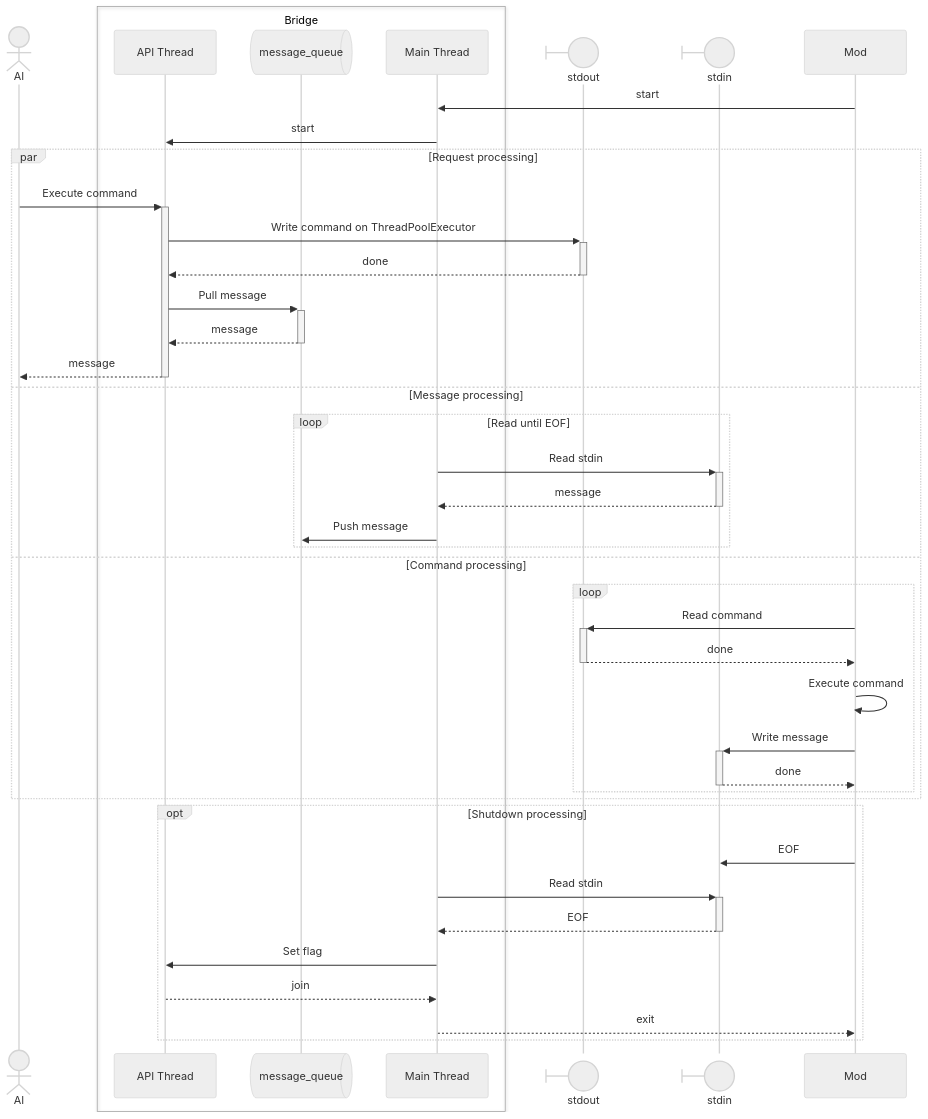
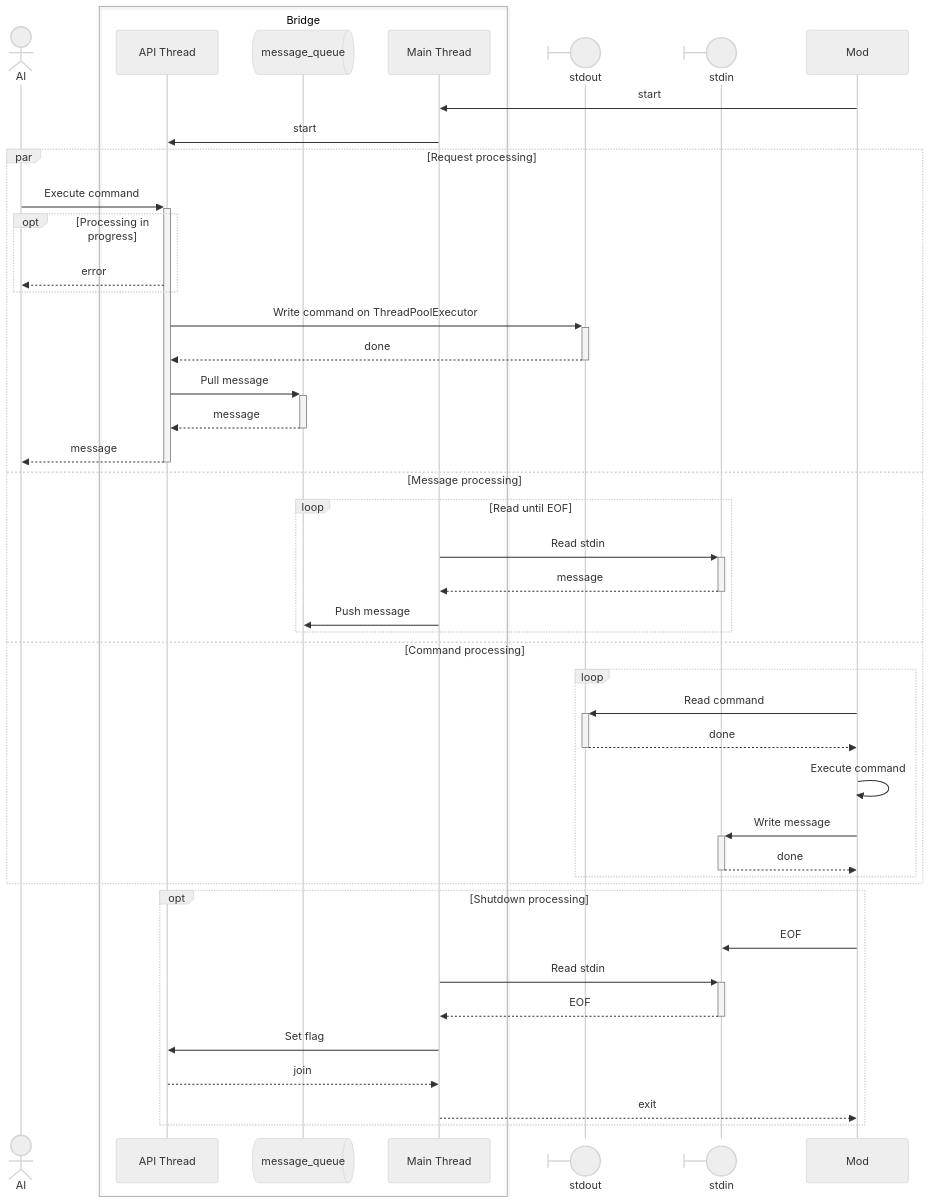
One commit to harryplusplus/ai-plays-slay-the-spire changed the second of 2 diagrams in README.md. Above: the diagram before and after it, drawn with Mermaid (neutral theme).

Commit message:
Add error handling for command execution in API processing

````diff
--- a/README.md
+++ b/README.md
@@ -70,59 +70,64 @@
 ```mermaid
 sequenceDiagram
 
 actor ai as AI
 
 box Bridge
     participant api as API Thread
     participant message_queue@{ "type" : "queue" }
     participant main as Main Thread
 end
 
 participant stdout@{ "type" : "boundary" }
 participant stdin@{ "type" : "boundary" }
 
 participant mod as Mod
 
 mod->>main: start
 main->>api: start
 
 par Request processing
     ai->>+api: Execute command
+
+    opt Processing in progress
+        api-->>ai: error
+    end
+
     api->>+stdout: Write command on ThreadPoolExecutor
     stdout-->>-api: done
 
     api->>+message_queue: Pull message
 
     message_queue-->>-api: message
 
     api-->>-ai: message
 
 and Message processing
     loop Read until EOF
 
         main->>+stdin: Read stdin
         stdin-->>-main: message
         main->>message_queue: Push message
     end
 
 and Command processing
     loop
         mod->>+stdout: Read command
         stdout-->>-mod: done
         mod->>mod: Execute command
         mod->>+stdin: Write message
         stdin-->>-mod: done
     end
 end
 
 opt Shutdown processing
     mod->>stdin: EOF
     main->>+stdin: Read stdin
     stdin-->>-main: EOF
 
     main->>api: Set flag
     api-->>main: join
 
     main-->>mod: exit
 end
 ```
````
